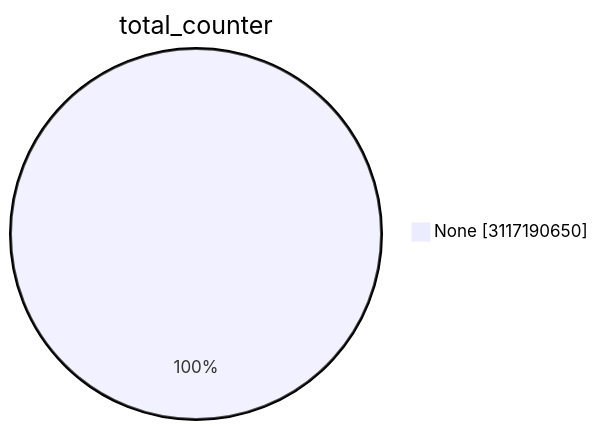
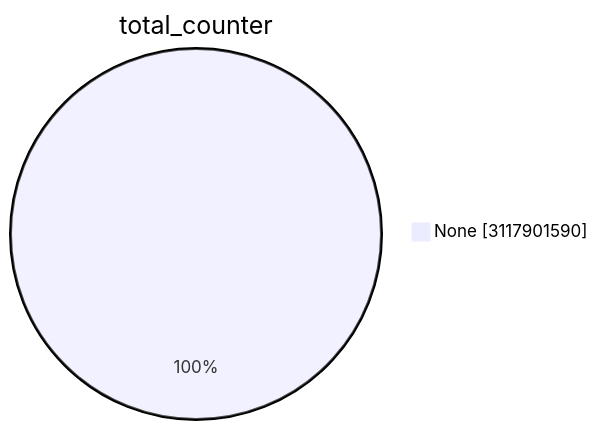
The first of 15 diagrams in TOTAL/README.md (christiankrug/ctmonitor_visualization), drawn with Mermaid before and after one commit. The commit also changed other lines of this file, not shown here.

````diff
--- a/TOTAL/README.md
+++ b/TOTAL/README.md
@@ -1,5 +1,5 @@
 ```mermaid
 pie showData
 title total_counter
-"None" :3117190650
+"None" :3117901590
 ```
````
